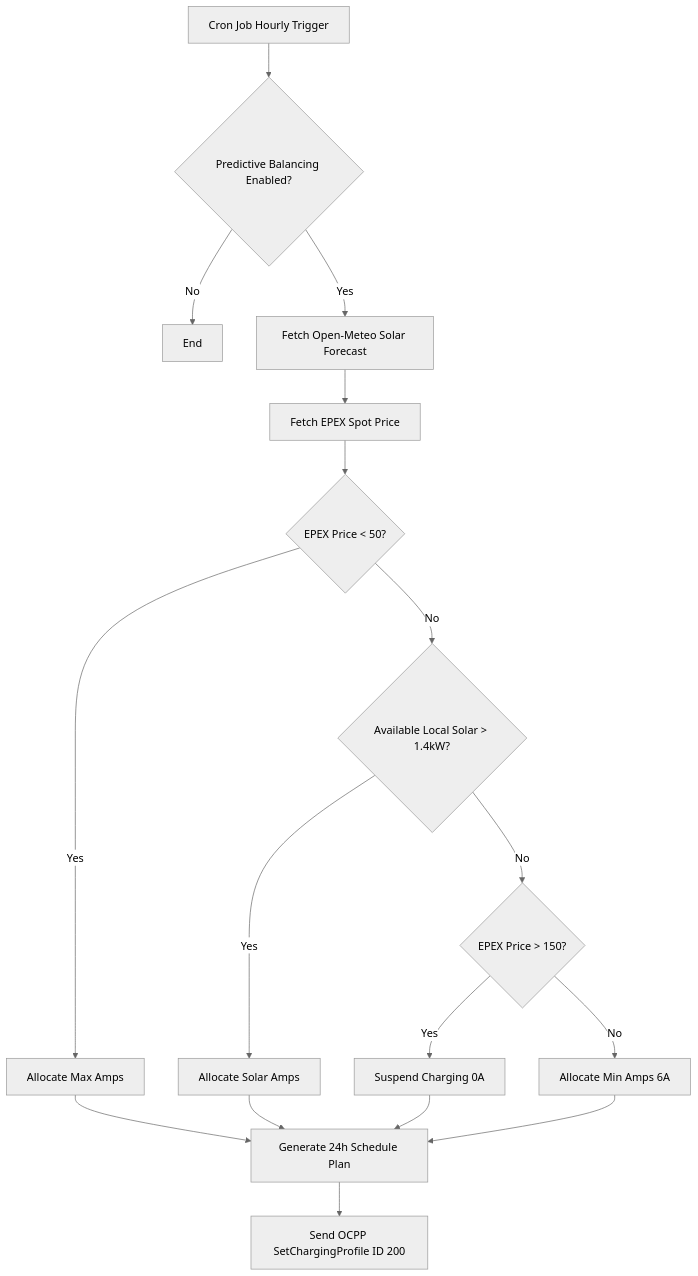
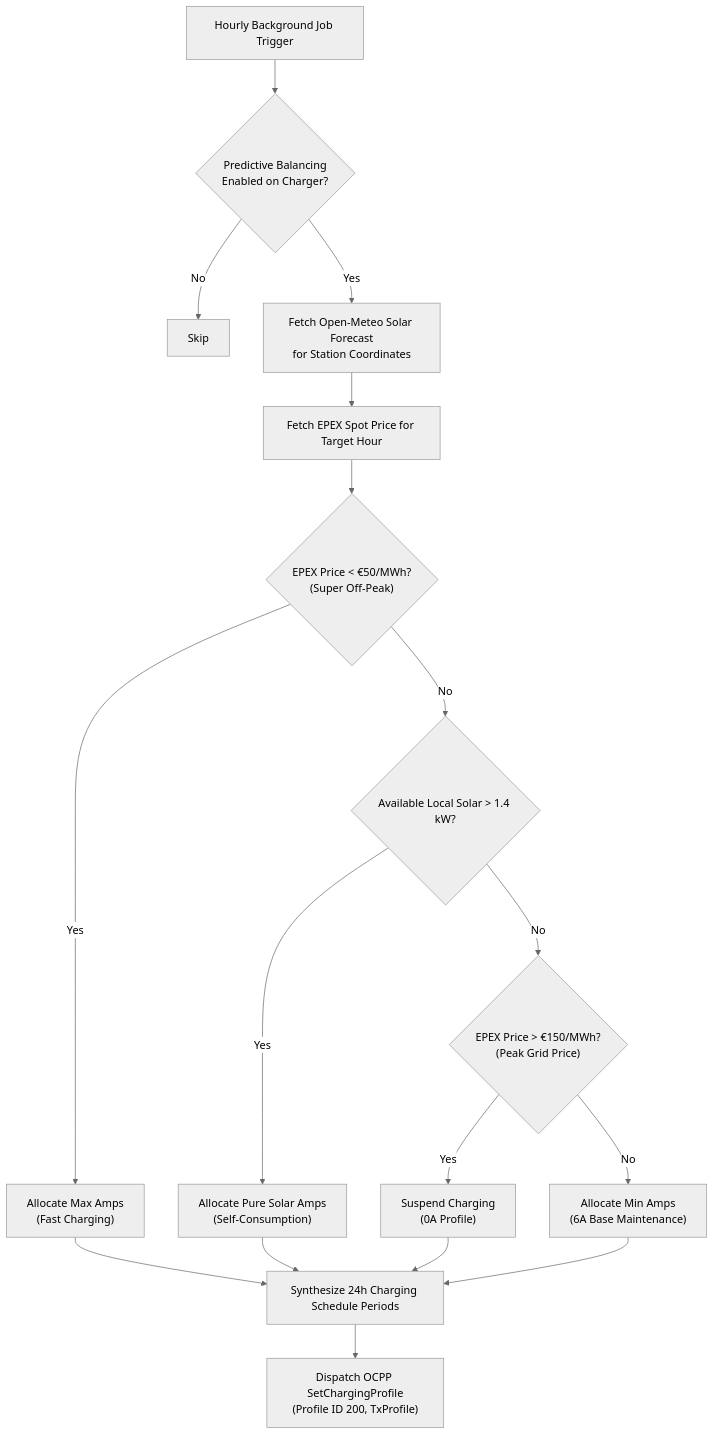
Before and after one commit to webdotpulse/GRID-OCPP-CPMS: the second of 3 diagrams in Manual/advanced_ems_smart_charging_guide.md, drawn with Mermaid (neutral theme). The commit also changed other lines of this file and 8 other files, not shown here.

Commit message:
docs: improve advanced smart charging and V2G technical documentation with detailed diagrams and flowcharts

````diff
--- a/Manual/advanced_ems_smart_charging_guide.md
+++ b/Manual/advanced_ems_smart_charging_guide.md
@@ -28,24 +46,24 @@
 ```mermaid
 flowchart TD
-    A[Cron Job Hourly Trigger] --> B{Predictive Balancing Enabled?}
-    B -- No --> C[End]
-    B -- Yes --> D[Fetch Open-Meteo Solar Forecast]
-    D --> E[Fetch EPEX Spot Price]
-    E --> F{EPEX Price < 50?}
+    A["Hourly Background Job Trigger"] --> B{"Predictive Balancing\nEnabled on Charger?"}
+    B -- No --> C["Skip"]
+    B -- Yes --> D["Fetch Open-Meteo Solar Forecast\nfor Station Coordinates"]
+    D --> E["Fetch EPEX Spot Price for Target Hour"]
+    E --> F{"EPEX Price < €50/MWh?\n(Super Off-Peak)"}
 
-    F -- Yes --> G[Allocate Max Amps]
-    F -- No --> H{Available Local Solar > 1.4kW?}
+    F -- Yes --> G["Allocate Max Amps\n(Fast Charging)"]
+    F -- No --> H{"Available Local Solar > 1.4 kW?"}
 
-    H -- Yes --> I[Allocate Solar Amps]
-    H -- No --> J{EPEX Price > 150?}
+    H -- Yes --> I["Allocate Pure Solar Amps\n(Self-Consumption)"]
+    H -- No --> J{"EPEX Price > €150/MWh?\n(Peak Grid Price)"}
 
-    J -- Yes --> K[Suspend Charging 0A]
-    J -- No --> L[Allocate Min Amps 6A]
+    J -- Yes --> K["Suspend Charging\n(0A Profile)"]
+    J -- No --> L["Allocate Min Amps\n(6A Base Maintenance)"]
 
-    G --> M[Generate 24h Schedule Plan]
+    G --> M["Synthesize 24h Charging Schedule Periods"]
     I --> M
     K --> M
     L --> M
 
-    M --> N[Send OCPP SetChargingProfile ID 200]
+    M --> N["Dispatch OCPP SetChargingProfile\n(Profile ID 200, TxProfile)"]
 ```
````
